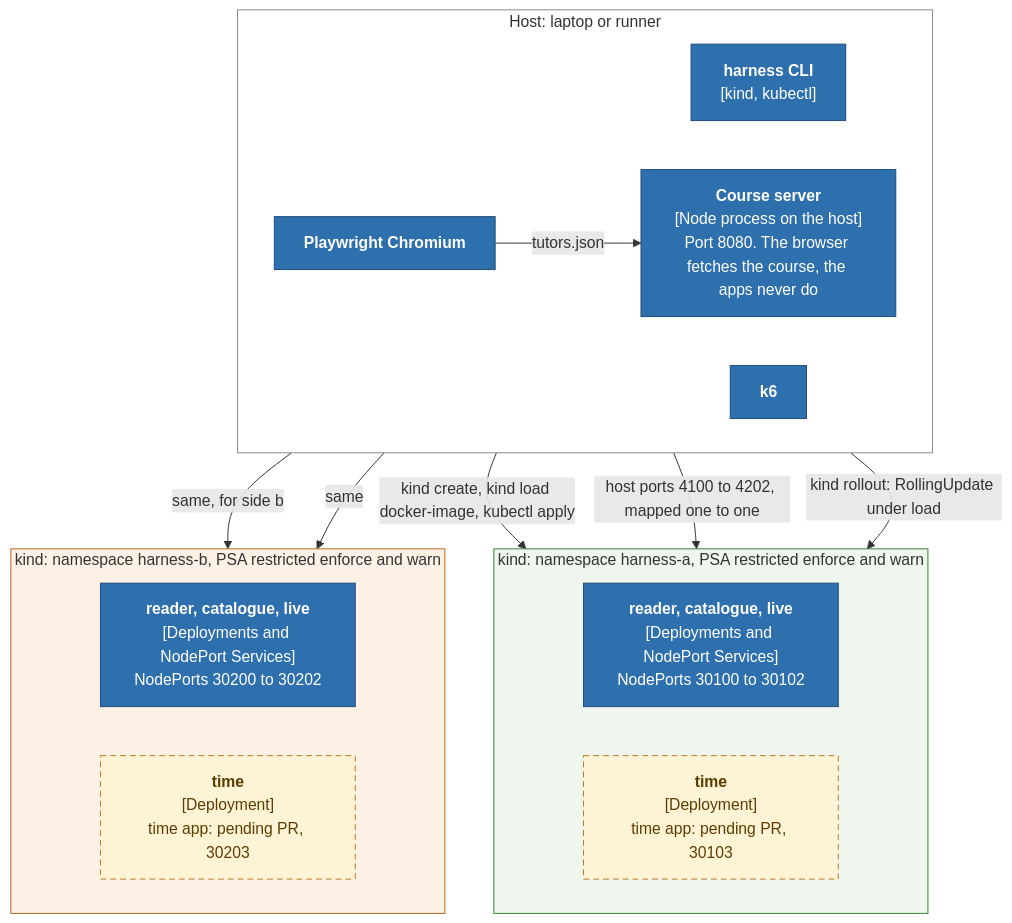
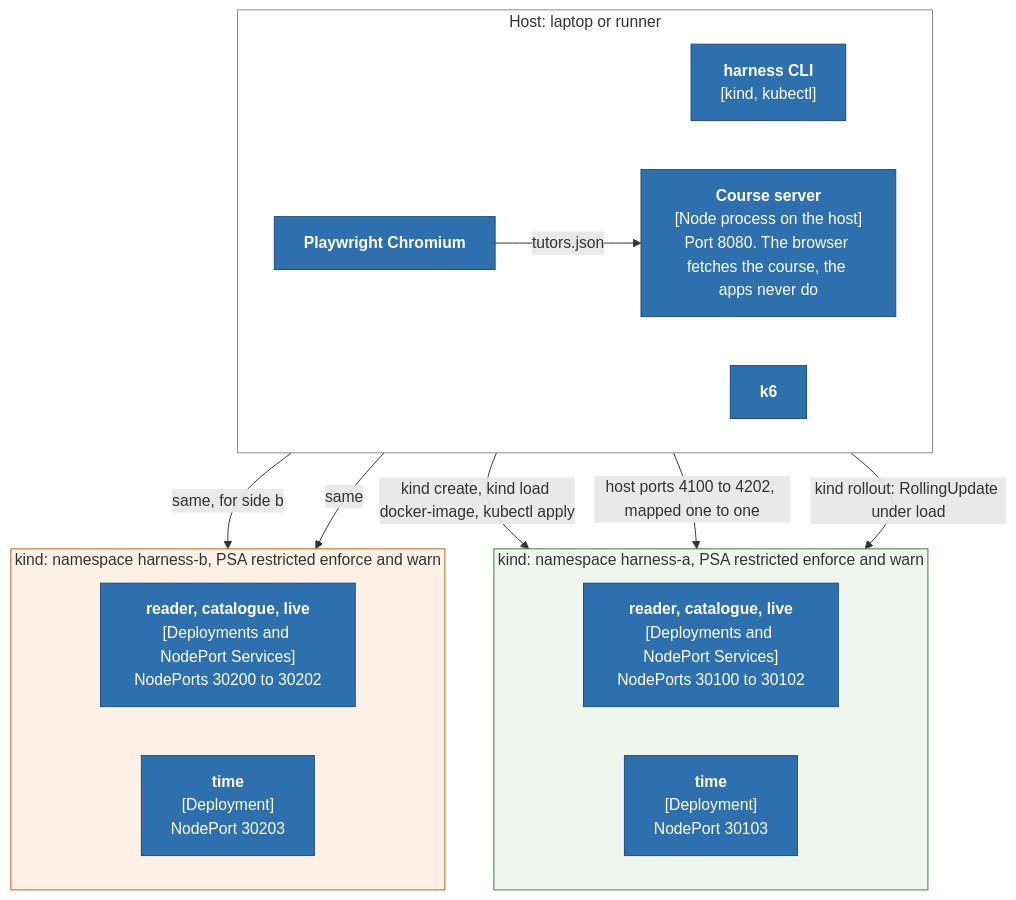
One commit to tutors-sdk/tutors-release-harness changed the third of 3 diagrams in docs/architecture/05-deployment.md. Above: the diagram before and after it, drawn with Mermaid. The commit also changed other lines of this file and 6 other files, not shown here.

First line of the commit message:
Architecture docs: bring the C4 set up to harness 1.4.1 and the merged monorepo work

````diff
--- a/docs/architecture/05-deployment.md
+++ b/docs/architecture/05-deployment.md
@@ -166,33 +181,32 @@
 ```mermaid
 flowchart TB
   subgraph host["Host: laptop or runner"]
     direction LR
     cli["<b>harness CLI</b><br/>[kind, kubectl]"]:::container
     chromium["<b>Playwright Chromium</b>"]:::container
     k6["<b>k6</b>"]:::container
     course["<b>Course server</b><br/>[Node process on the host]<br/>Port 8080. The browser fetches the course, the apps never do"]:::container
   end
   subgraph nsa["kind: namespace harness-a, PSA restricted enforce and warn"]
     direction LR
     da["<b>reader, catalogue, live</b><br/>[Deployments and NodePort Services]<br/>NodePorts 30100 to 30102"]:::container
-    ta["<b>time</b><br/>[Deployment]<br/>time app: pending PR, 30103"]:::pending
+    ta["<b>time</b><br/>[Deployment]<br/>NodePort 30103"]:::container
   end
   subgraph nsb["kind: namespace harness-b, PSA restricted enforce and warn"]
     direction LR
     db["<b>reader, catalogue, live</b><br/>[Deployments and NodePort Services]<br/>NodePorts 30200 to 30202"]:::container
-    tb["<b>time</b><br/>[Deployment]<br/>time app: pending PR, 30203"]:::pending
+    tb["<b>time</b><br/>[Deployment]<br/>NodePort 30203"]:::container
   end
 
   cli -->|"kind create, kind load docker-image, kubectl apply"| da
   cli -->|"same, for side b"| db
   chromium -->|"host ports 4100 to 4202, mapped one to one"| da
   chromium -->|"same"| db
   chromium -->|"tutors.json"| course
   k6 -->|"kind rollout: RollingUpdate under load"| da
 
   classDef container fill:#2e6fae,stroke:#1f4d7a,color:#ffffff
-  classDef pending fill:#fff3d6,stroke:#b7791f,color:#5c3d00,stroke-dasharray:6 4
   style host fill:#ffffff,stroke:#8a8a8a
   style nsa fill:#eef6ee,stroke:#3b7d3b
   style nsb fill:#fdf1e6,stroke:#b5651d
 ```
````
